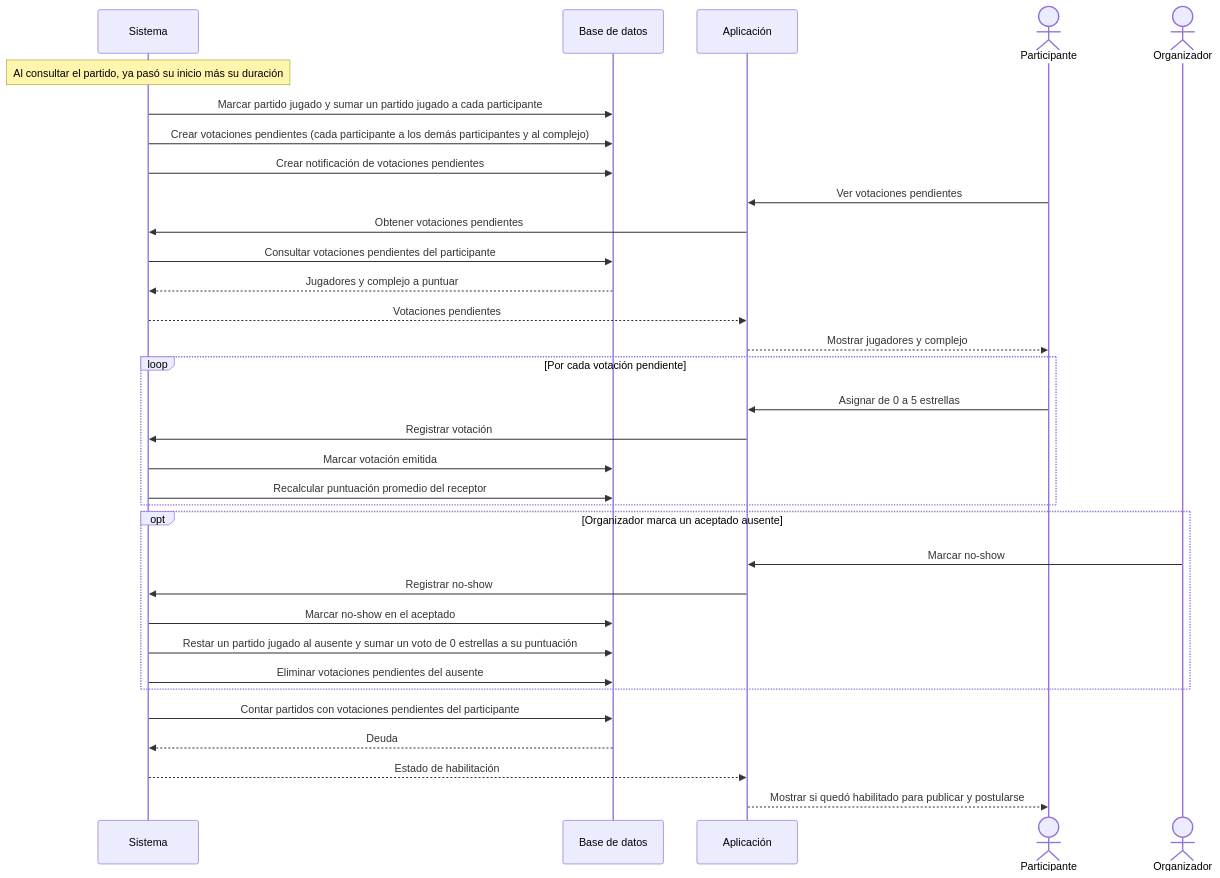
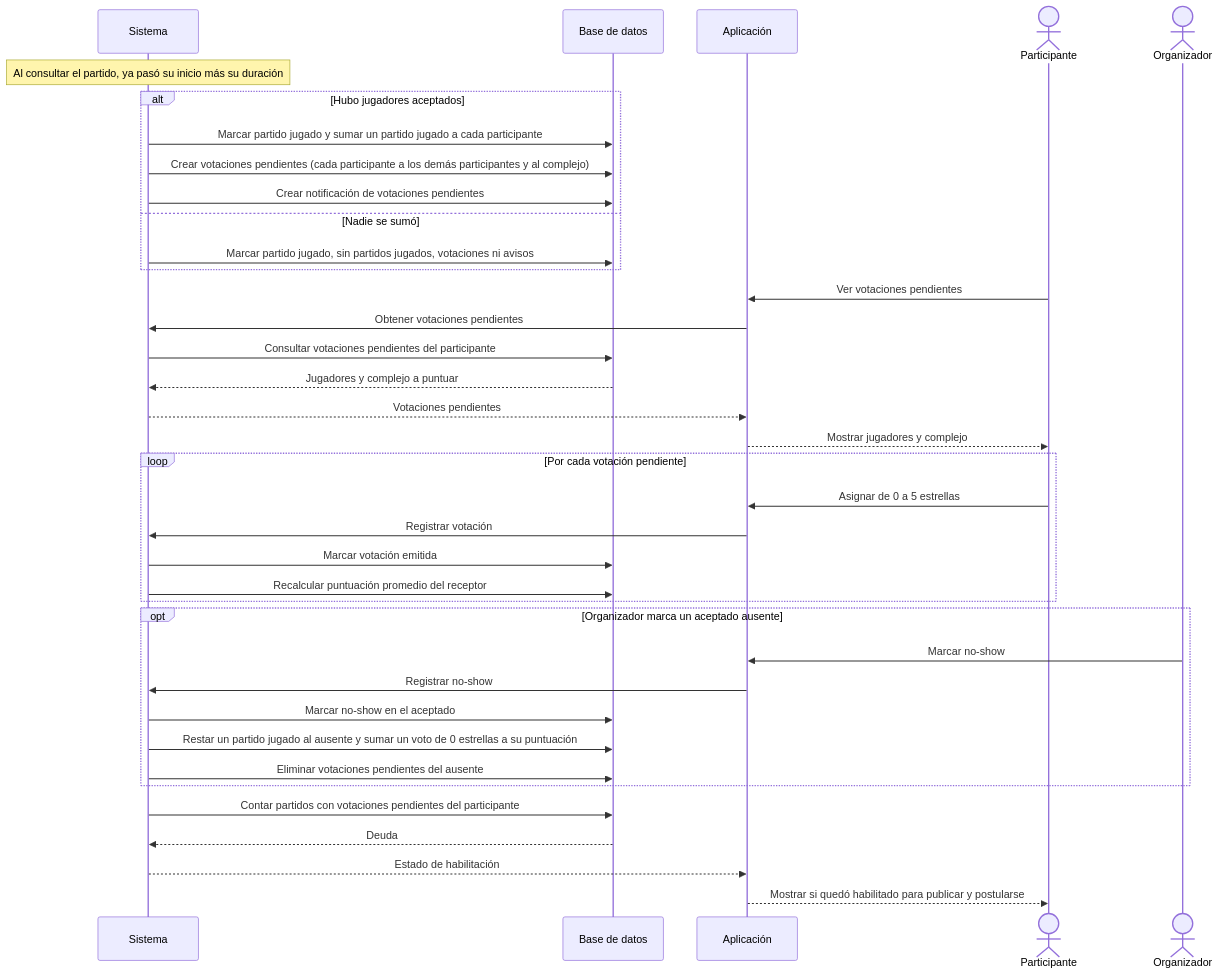
The diagram in docs/diagramas/05-votacion-post-partido.md (nvranco/fulvo), drawn with Mermaid before and after one commit. The commit also changed 6 other files, not shown here.

First line of the commit message:
docs: documento las reglas del partido empezado y sin aceptados

````diff
--- a/docs/diagramas/05-votacion-post-partido.md
+++ b/docs/diagramas/05-votacion-post-partido.md
@@ -3,41 +3,45 @@
 ```mermaid
 sequenceDiagram
     participant S as Sistema
     participant BD as Base de datos
     participant A as Aplicación
     actor P as Participante
     actor O as Organizador
 
     Note over S: Al consultar el partido, ya pasó su inicio más su duración
-    S->>BD: Marcar partido jugado y sumar un partido jugado a cada participante
-    S->>BD: Crear votaciones pendientes (cada participante a los demás participantes y al complejo)
-    S->>BD: Crear notificación de votaciones pendientes
+    alt Hubo jugadores aceptados
+        S->>BD: Marcar partido jugado y sumar un partido jugado a cada participante
+        S->>BD: Crear votaciones pendientes (cada participante a los demás participantes y al complejo)
+        S->>BD: Crear notificación de votaciones pendientes
+    else Nadie se sumó
+        S->>BD: Marcar partido jugado, sin partidos jugados, votaciones ni avisos
+    end
 
     P->>A: Ver votaciones pendientes
     A->>S: Obtener votaciones pendientes
     S->>BD: Consultar votaciones pendientes del participante
     BD-->>S: Jugadores y complejo a puntuar
     S-->>A: Votaciones pendientes
     A-->>P: Mostrar jugadores y complejo
 
     loop Por cada votación pendiente
         P->>A: Asignar de 0 a 5 estrellas
         A->>S: Registrar votación
         S->>BD: Marcar votación emitida
         S->>BD: Recalcular puntuación promedio del receptor
     end
 
     opt Organizador marca un aceptado ausente
         O->>A: Marcar no-show
         A->>S: Registrar no-show
         S->>BD: Marcar no-show en el aceptado
         S->>BD: Restar un partido jugado al ausente y sumar un voto de 0 estrellas a su puntuación
         S->>BD: Eliminar votaciones pendientes del ausente
     end
 
     S->>BD: Contar partidos con votaciones pendientes del participante
     BD-->>S: Deuda
     S-->>A: Estado de habilitación
     A-->>P: Mostrar si quedó habilitado para publicar y postularse
 
 ```
````
